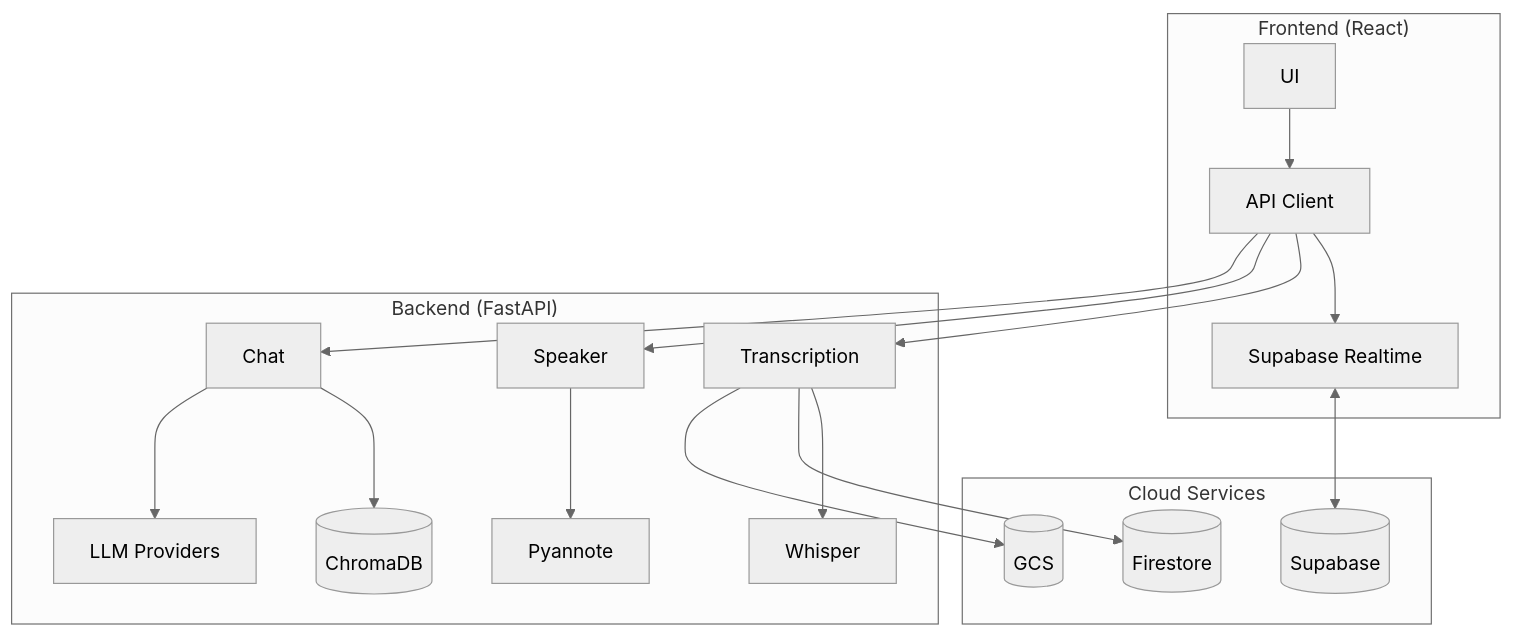
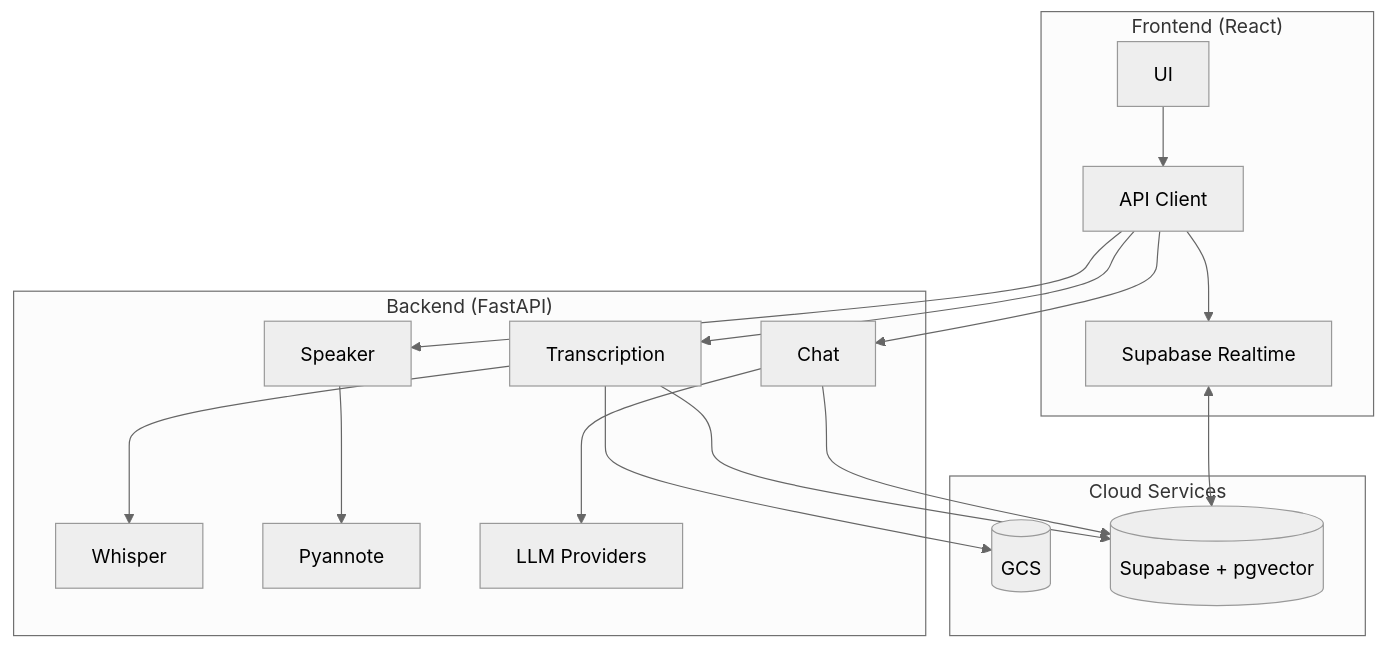
The diagram in README.md (Ugur22/ai-subtitles), drawn with Mermaid (neutral theme) before and after one commit. The commit also changed other lines of this file and 8 other files, not shown here.

First line of the commit message:
Sync docs with actual architecture: drop stale ChromaDB/Firestore refs

````diff
--- a/README.md
+++ b/README.md
@@ -58,25 +58,24 @@
 ```mermaid
 flowchart TB
     subgraph Frontend["Frontend (React)"]
         UI[UI] --> API[API Client]
         API --> RT[Supabase Realtime]
     end
 
     subgraph Cloud["Cloud Services"]
         GCS[(GCS)]
-        SB[(Supabase)]
-        FS[(Firestore)]
+        SB[(Supabase + pgvector)]
     end
 
     subgraph Backend["Backend (FastAPI)"]
         TR[Transcription] --> WH[Whisper]
         SR[Speaker] --> PY[Pyannote]
-        CR[Chat] --> VDB[(ChromaDB)]
+        CR[Chat] --> SB
         CR --> LLM[LLM Providers]
     end
 
     API --> TR & SR & CR
     RT <--> SB
-    TR --> FS
+    TR --> SB
     TR --> GCS
 ```
````
